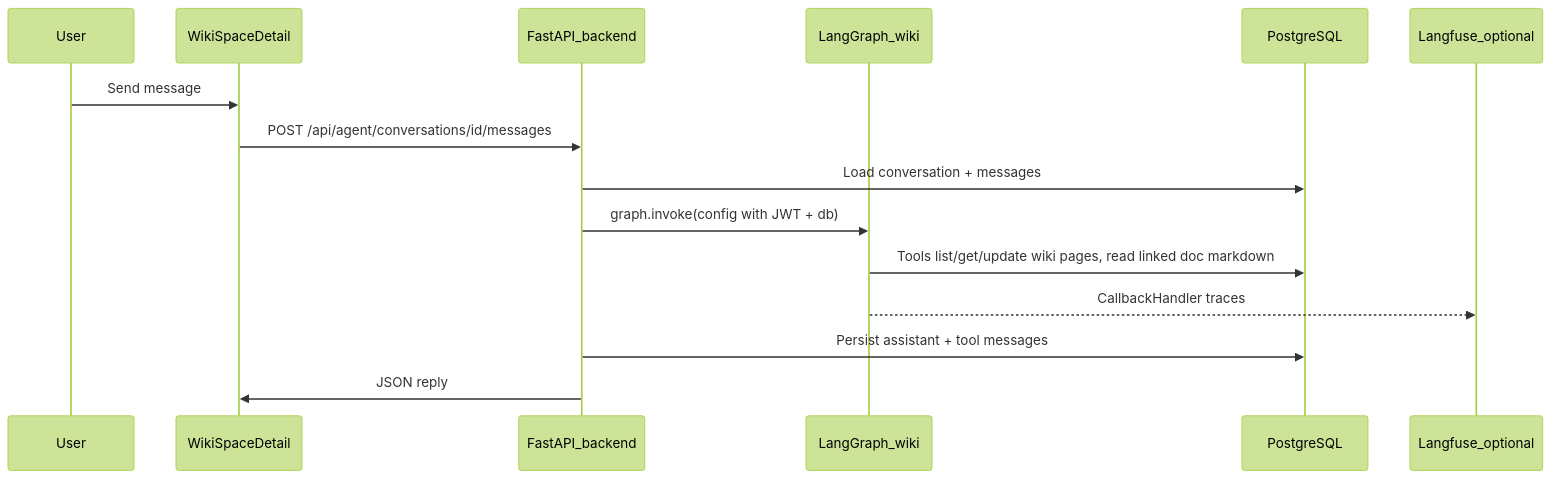
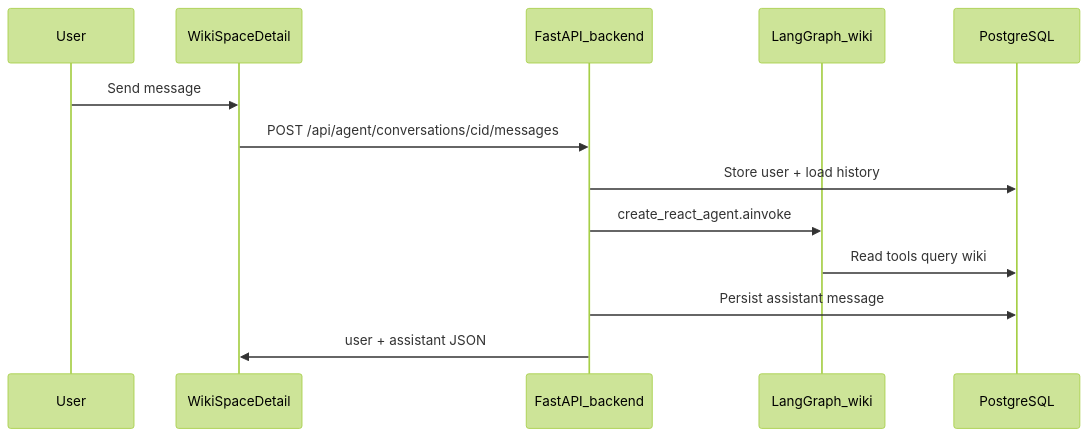
One commit to yingrui/openKMS changed the diagram in docs/wiki_agent_prototype.md. Above: the diagram before and after it, drawn with Mermaid (forest theme). The commit also changed other lines of this file and 29 other files, not shown here.

First line of the commit message:
feat(wiki): embedded agent, linked docs, assistant UI with history

````diff
--- a/docs/wiki_agent_prototype.md
+++ b/docs/wiki_agent_prototype.md
@@ -25,18 +26,15 @@
 ```mermaid
 sequenceDiagram
   participant U as User
   participant FE as WikiSpaceDetail
   participant API as FastAPI_backend
   participant G as LangGraph_wiki
   participant DB as PostgreSQL
-  participant LF as Langfuse_optional
-
   U->>FE: Send message
-  FE->>API: POST /api/agent/conversations/id/messages
-  API->>DB: Load conversation + messages
-  API->>G: graph.invoke(config with JWT + db)
-  G->>DB: Tools list/get/update wiki pages, read linked doc markdown
-  G-->>LF: CallbackHandler traces
-  API->>DB: Persist assistant + tool messages
-  API->>FE: JSON reply
+  FE->>API: POST /api/agent/conversations/cid/messages
+  API->>DB: Store user + load history
+  API->>G: create_react_agent.ainvoke
+  G->>DB: Read tools query wiki
+  API->>DB: Persist assistant message
+  API->>FE: user + assistant JSON
 ```
````
